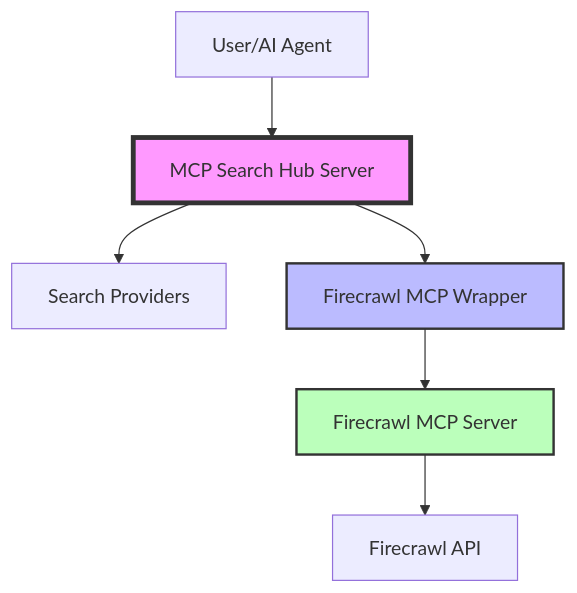
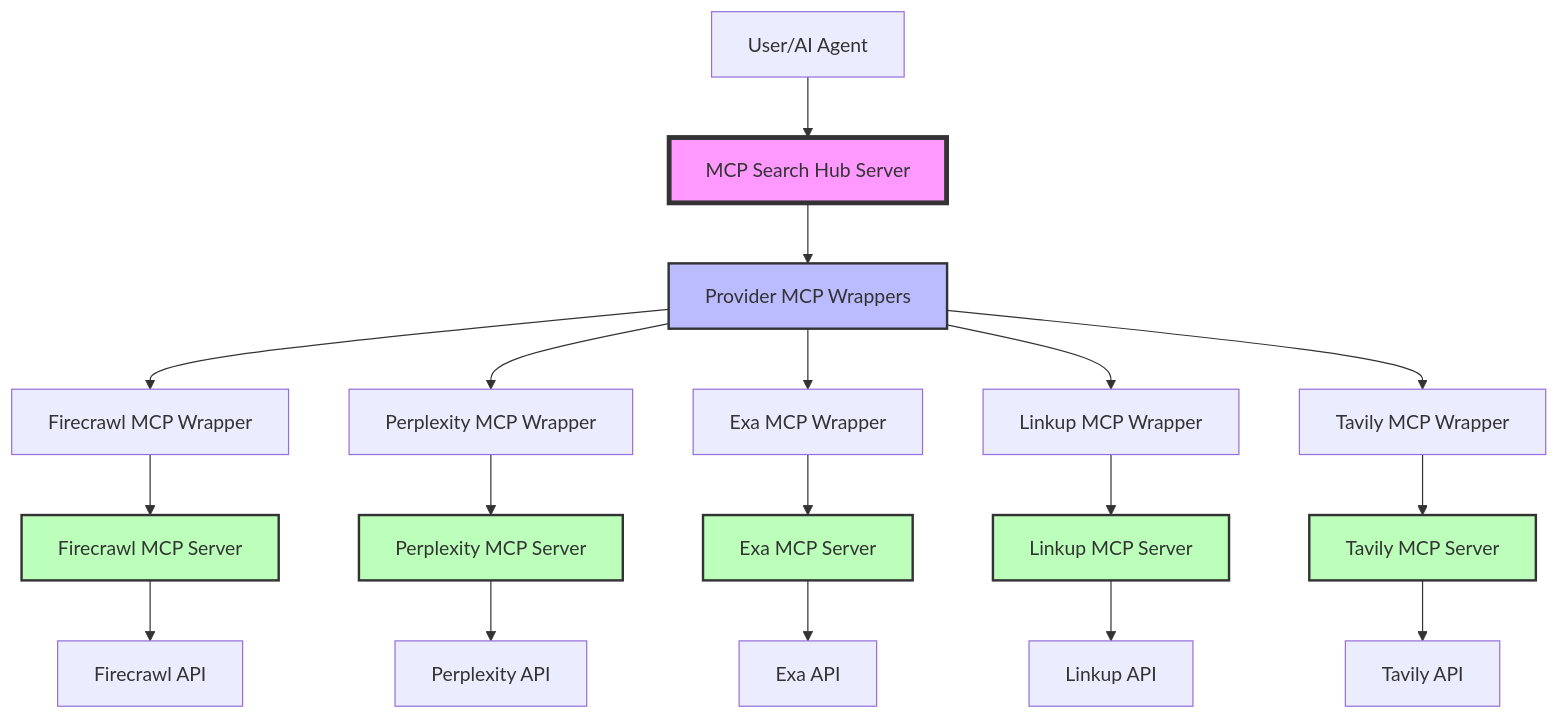
One commit to BjornMelin/mcp-search-hub changed the diagram in docs/architecture-decisions.md. Above: the diagram before and after it, drawn with Mermaid. The commit also changed other lines of this file and 2 other files, not shown here.

First line of the commit message:
docs: update all documentation for embedded MCP server architecture

````diff
--- a/docs/architecture-decisions.md
+++ b/docs/architecture-decisions.md
@@ -86,12 +93,30 @@
 ```mermaid
 graph TD
     A[User/AI Agent] --> B[MCP Search Hub Server]
-    B --> C[Search Providers]
-    B --> D[Firecrawl MCP Wrapper]
-    D --> E[Firecrawl MCP Server]
-    E --> F[Firecrawl API]
+    B --> C[Provider MCP Wrappers]
+    C --> D[Firecrawl MCP Wrapper]
+    C --> E[Perplexity MCP Wrapper]
+    C --> F[Exa MCP Wrapper]
+    C --> G[Linkup MCP Wrapper]
+    C --> H[Tavily MCP Wrapper]
+    
+    D --> I[Firecrawl MCP Server]
+    E --> J[Perplexity MCP Server]
+    F --> K[Exa MCP Server]
+    G --> L[Linkup MCP Server]
+    H --> M[Tavily MCP Server]
+    
+    I --> N[Firecrawl API]
+    J --> O[Perplexity API]
+    K --> P[Exa API]
+    L --> Q[Linkup API]
+    M --> R[Tavily API]
     
     style B fill:#f9f,stroke:#333,stroke-width:4px
-    style D fill:#bbf,stroke:#333,stroke-width:2px
-    style E fill:#bfb,stroke:#333,stroke-width:2px
+    style C fill:#bbf,stroke:#333,stroke-width:2px
+    style I fill:#bfb,stroke:#333,stroke-width:2px
+    style J fill:#bfb,stroke:#333,stroke-width:2px
+    style K fill:#bfb,stroke:#333,stroke-width:2px
+    style L fill:#bfb,stroke:#333,stroke-width:2px
+    style M fill:#bfb,stroke:#333,stroke-width:2px
 ```
````
